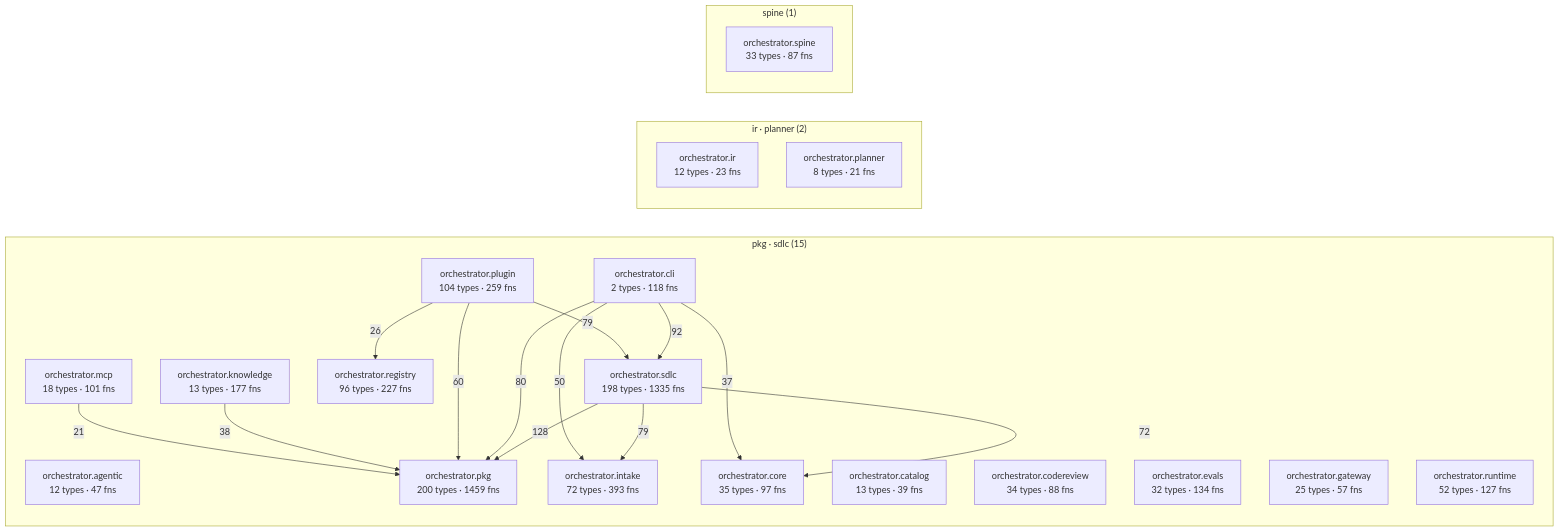
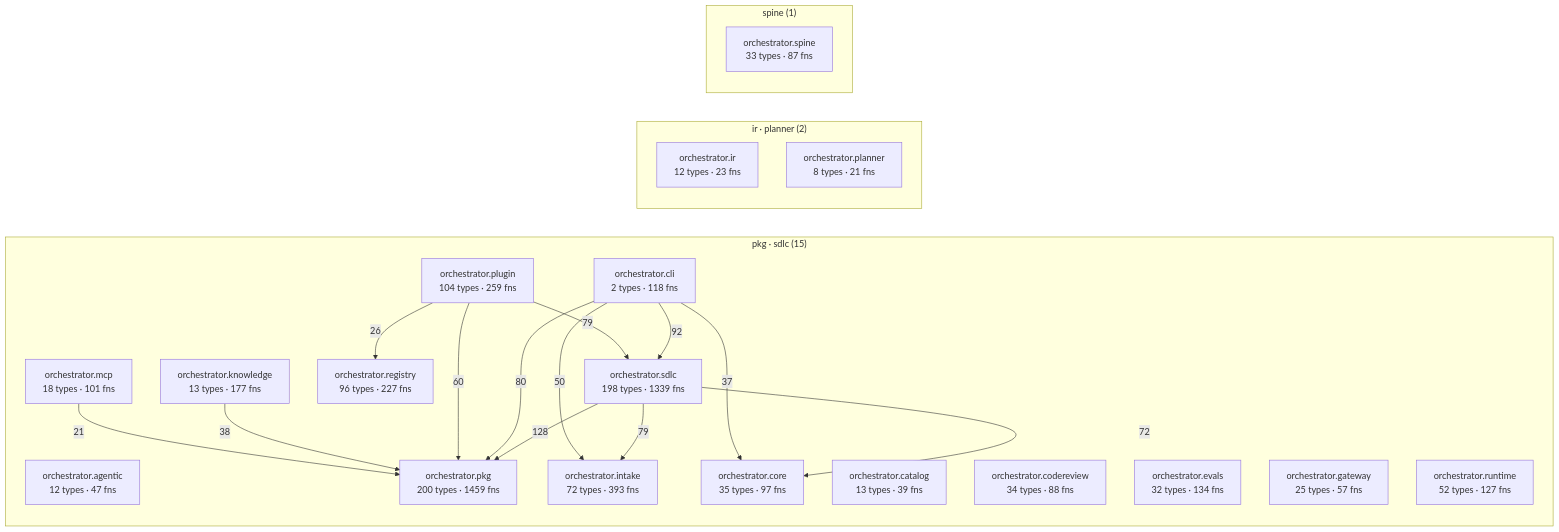
One commit to synaptixs/spine changed the diagram in episteme/architecture.md. Above: the diagram before and after it, drawn with Mermaid. The commit also changed other lines of this file and 12 other files, not shown here.

````diff
--- a/episteme/architecture.md
+++ b/episteme/architecture.md
@@ -56,39 +56,39 @@
 ```mermaid
 flowchart LR
   subgraph c_2["pkg · sdlc (15)"]
     aorchestratoragentic["orchestrator.agentic<br/>12 types · 47 fns"]
     aorchestratorcatalog["orchestrator.catalog<br/>13 types · 39 fns"]
     aorchestratorcli["orchestrator.cli<br/>2 types · 118 fns"]
     aorchestratorcodereview["orchestrator.codereview<br/>34 types · 88 fns"]
     aorchestratorcore["orchestrator.core<br/>35 types · 97 fns"]
     aorchestratorevals["orchestrator.evals<br/>32 types · 134 fns"]
     aorchestratorgateway["orchestrator.gateway<br/>25 types · 57 fns"]
     aorchestratorintake["orchestrator.intake<br/>72 types · 393 fns"]
     aorchestratorknowledge["orchestrator.knowledge<br/>13 types · 177 fns"]
     aorchestratormcp["orchestrator.mcp<br/>18 types · 101 fns"]
     aorchestratorpkg["orchestrator.pkg<br/>200 types · 1459 fns"]
     aorchestratorplugin["orchestrator.plugin<br/>104 types · 259 fns"]
     aorchestratorregistry["orchestrator.registry<br/>96 types · 227 fns"]
     aorchestratorruntime["orchestrator.runtime<br/>52 types · 127 fns"]
-    aorchestratorsdlc["orchestrator.sdlc<br/>198 types · 1335 fns"]
+    aorchestratorsdlc["orchestrator.sdlc<br/>198 types · 1339 fns"]
   end
   subgraph c_6["ir · planner (2)"]
     aorchestratorir["orchestrator.ir<br/>12 types · 23 fns"]
     aorchestratorplanner["orchestrator.planner<br/>8 types · 21 fns"]
   end
   subgraph c_12["spine (1)"]
     aorchestratorspine["orchestrator.spine<br/>33 types · 87 fns"]
   end
   aorchestratorsdlc -->|128| aorchestratorpkg
   aorchestratorcli -->|92| aorchestratorsdlc
   aorchestratorcli -->|80| aorchestratorpkg
   aorchestratorplugin -->|79| aorchestratorsdlc
   aorchestratorsdlc -->|79| aorchestratorintake
   aorchestratorsdlc -->|72| aorchestratorcore
   aorchestratorplugin -->|60| aorchestratorpkg
   aorchestratorcli -->|50| aorchestratorintake
   aorchestratorknowledge -->|38| aorchestratorpkg
   aorchestratorcli -->|37| aorchestratorcore
   aorchestratorplugin -->|26| aorchestratorregistry
   aorchestratormcp -->|21| aorchestratorpkg
 ```
````
